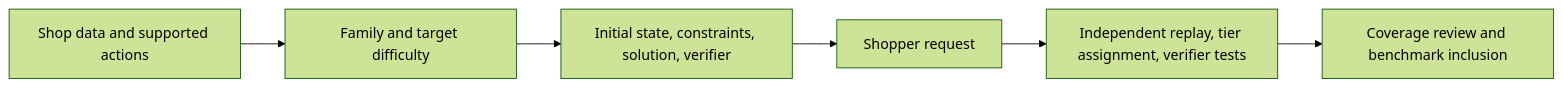
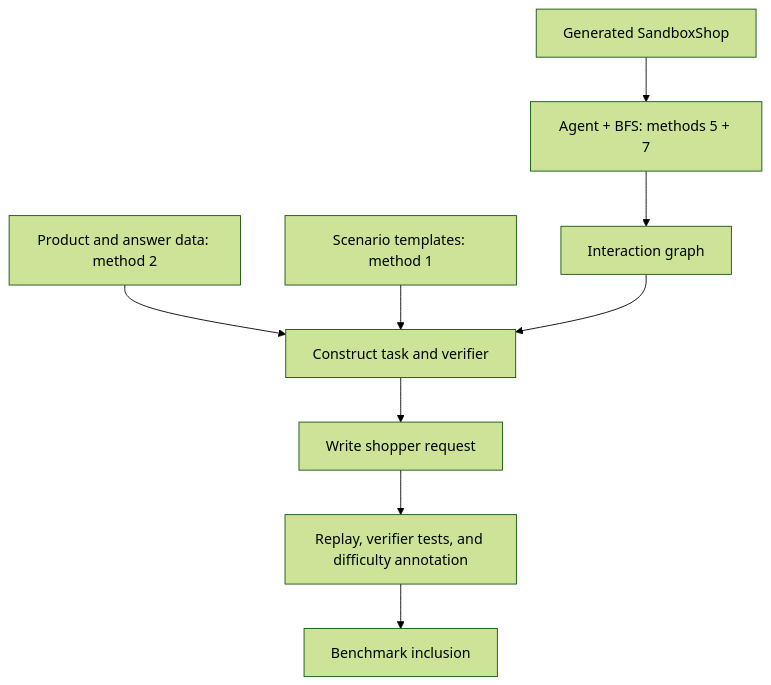
Before and after one commit to agentic-foundation-modeling-research/shop-gym: the diagram in docs/specs/shop_guru/task_generation_proposal.md, drawn with Mermaid (forest theme). The commit also changed other lines of this file and 1 other file, not shown here.

Commit message:
docs: organize task generation around scenarios and interaction graphs

````diff
--- a/docs/specs/shop_guru/task_generation_proposal.md
+++ b/docs/specs/shop_guru/task_generation_proposal.md
@@ -191,8 +112,11 @@
 ```mermaid
-flowchart LR
-    A[Shop data and supported actions] --> B[Family and target difficulty]
-    B --> C[Initial state, constraints, solution, verifier]
-    C --> D[Shopper request]
-    D --> E[Independent replay, tier assignment, verifier tests]
-    E --> F[Coverage review and benchmark inclusion]
+flowchart TD
+    A[Generated SandboxShop] --> B[Agent + BFS: methods 5 + 7]
+    B --> C[Interaction graph]
+    D[Product and answer data: method 2] --> E[Construct task and verifier]
+    F[Scenario templates: method 1] --> E
+    C --> E
+    E --> G[Write shopper request]
+    G --> H[Replay, verifier tests, and difficulty annotation]
+    H --> I[Benchmark inclusion]
 ```
````
